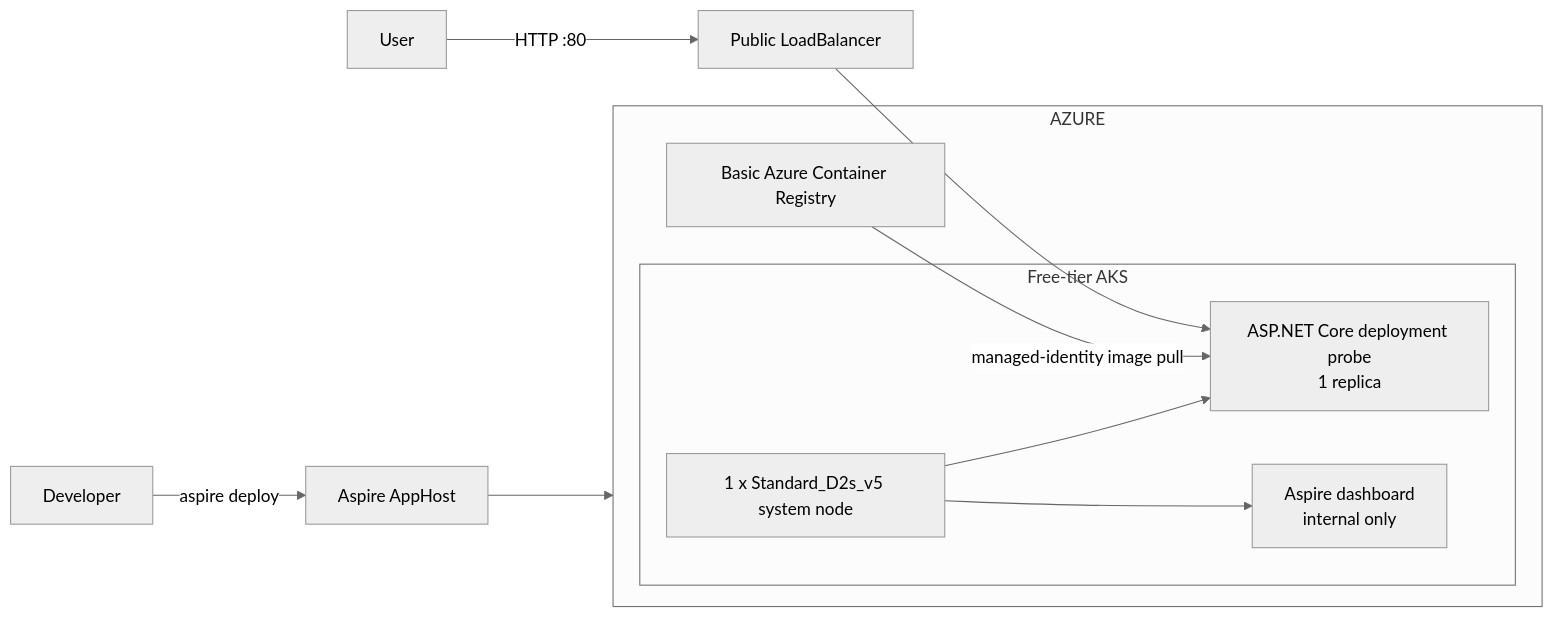
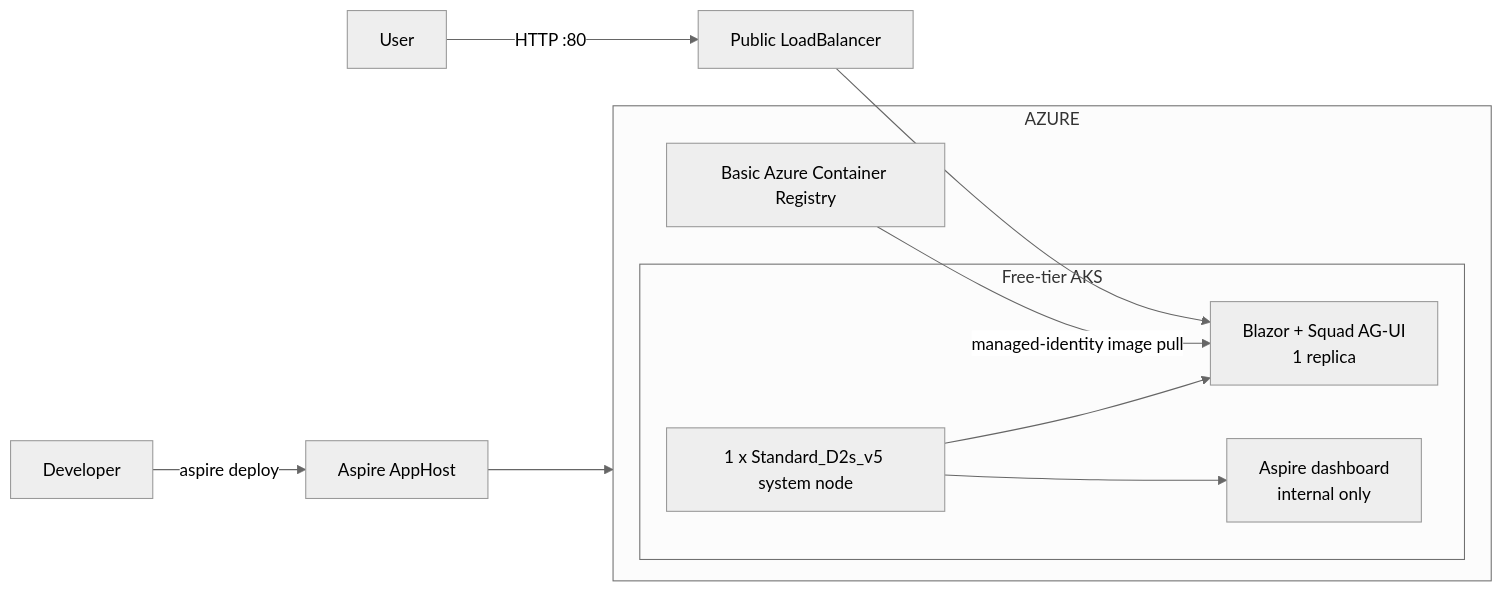
The diagram in README.md (bradygaster/squad-on-aks), drawn with Mermaid (neutral theme) before and after one commit. The commit also changed other lines of this file and 30 other files, not shown here.

First line of the commit message:
feat: scaffold Blazor Squad app

````diff
--- a/README.md
+++ b/README.md
@@ -30,22 +31,22 @@
 ```mermaid
 flowchart LR
     DEV["Developer"] -->|"aspire deploy"| APPHOST["Aspire AppHost"]
     APPHOST --> AZURE["Azure resource group"]
 
     subgraph AZURE
         ACR["Basic Azure Container Registry"]
 
         subgraph AKS["Free-tier AKS"]
             NODE["1 x Standard_D2s_v5 system node"]
-            APP["ASP.NET Core deployment probe<br/>1 replica"]
+            APP["Blazor + Squad AG-UI<br/>1 replica"]
             DASH["Aspire dashboard<br/>internal only"]
             NODE --> APP
             NODE --> DASH
         end
 
         ACR -->|"managed-identity image pull"| APP
     end
 
     USER["User"] -->|"HTTP :80"| LB["Public LoadBalancer"]
     LB --> APP
 ```
````
